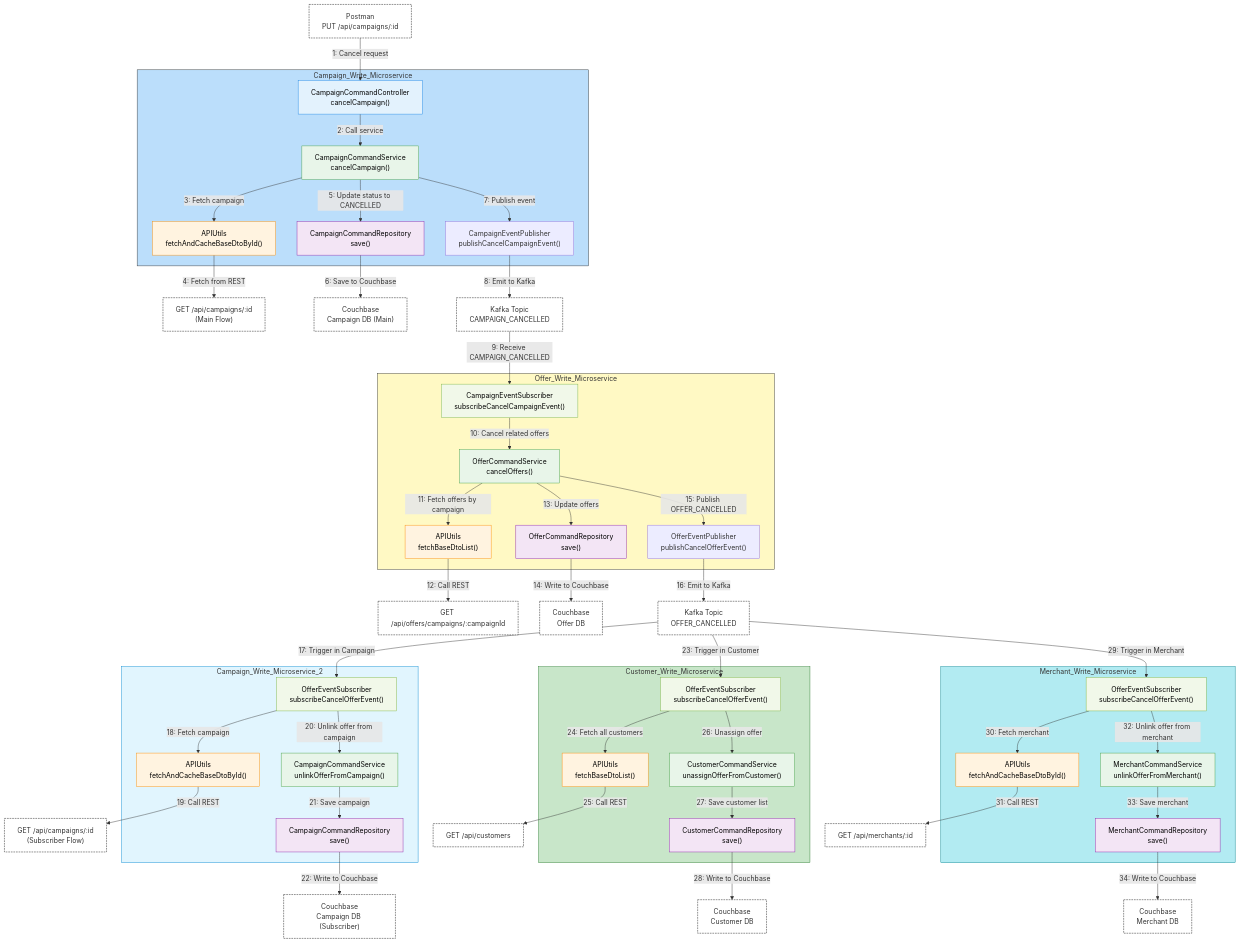
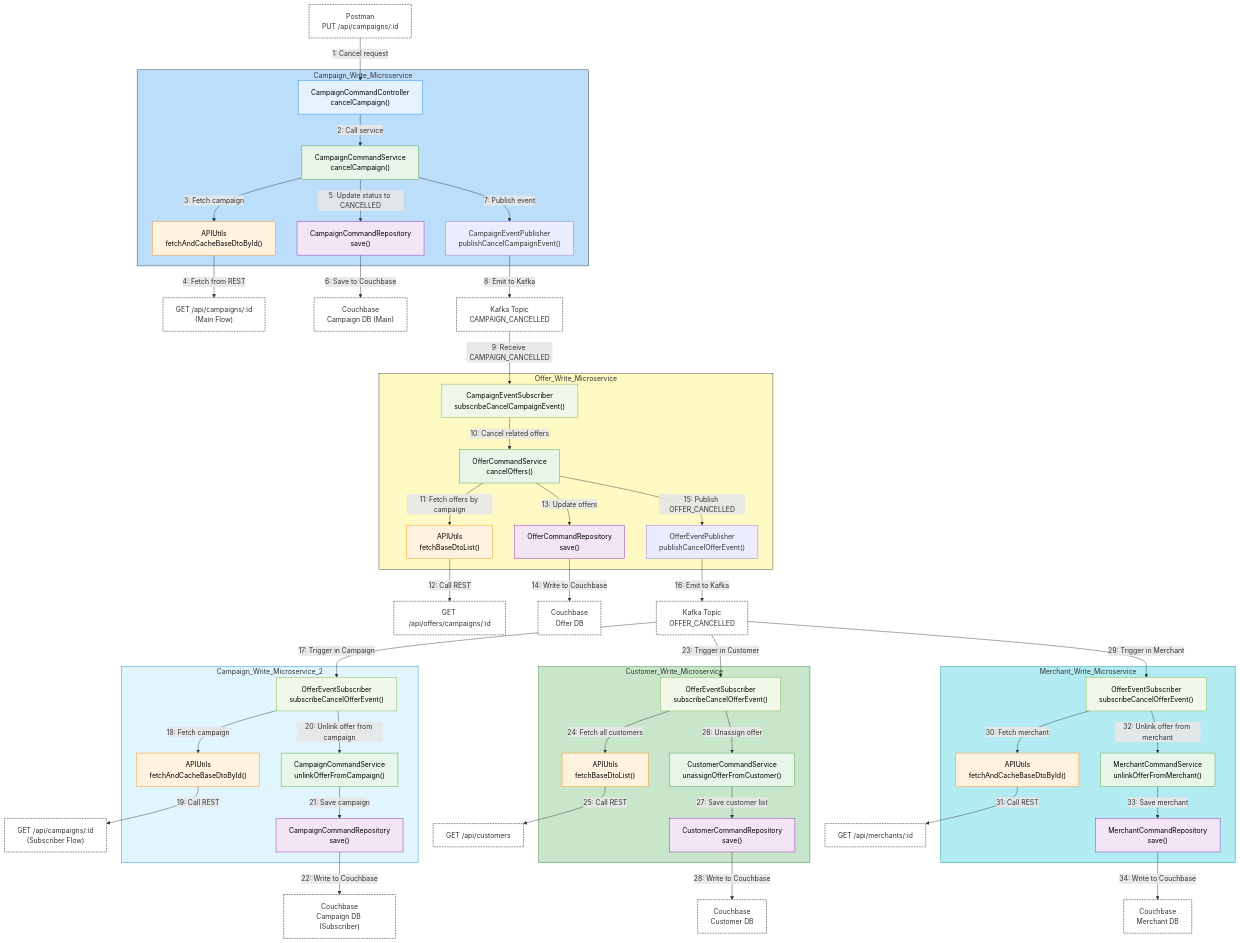
Before and after one commit to aakashkumar1980/apps-microservices: the diagram in _readme_assets/_backup/campaign_cancel.mmd, drawn with Mermaid. The commit also changed 5 other files, not shown here.

```diff
--- a/_readme_assets/_backup/campaign_cancel.mmd
+++ b/_readme_assets/_backup/campaign_cancel.mmd
@@ -1,114 +1,114 @@
 flowchart TD
 %% Postman
     POSTMAN["Postman<br>PUT /api/campaigns/:id"]:::external
 
 %% Campaign Write Microservice
     subgraph Campaign_Write_Microservice
         style Campaign_Write_Microservice fill:#BBDEFB,stroke:#333,stroke-width:1px
         CCC["CampaignCommandController<br>cancelCampaign()"]:::controller
         CCS["CampaignCommandService<br>cancelCampaign()"]:::service
         APIU["APIUtils<br>fetchAndCacheBaseDtoById()"]:::util
         CCR["CampaignCommandRepository<br>save()"]:::repository
         CEP["CampaignEventPublisher<br>publishCancelCampaignEvent()"]:::event
     end
 
 %% Campaign Kafka Subscriber
     subgraph Campaign_Write_Microservice_2
         style Campaign_Write_Microservice_2 fill:#E1F5FE,stroke:#0288D1,stroke-width:1px
         CES2["OfferEventSubscriber<br>subscribeCancelOfferEvent()"]:::subscriber
         APIUC1["APIUtils<br>fetchAndCacheBaseDtoById()"]:::util
         CCS2["CampaignCommandService<br>unlinkOfferFromCampaign()"]:::service
         CCR2["CampaignCommandRepository<br>save()"]:::repository
     end
 
 %% Offer Write Microservice
     subgraph Offer_Write_Microservice
         style Offer_Write_Microservice fill:#FFF9C4,stroke:#333,stroke-width:1px
         CES["CampaignEventSubscriber<br>subscribeCancelCampaignEvent()"]:::subscriber
         OFU["OfferCommandService<br>cancelOffers()"]:::service
         APIU2["APIUtils<br>fetchBaseDtoList()"]:::util
         OFR["OfferCommandRepository<br>save()"]:::repository
         OEP["OfferEventPublisher<br>publishCancelOfferEvent()"]:::event
     end
 
 %% Customer Write Microservice
     subgraph Customer_Write_Microservice
         style Customer_Write_Microservice fill:#C8E6C9,stroke:#2E7D32,stroke-width:1px
         CUS["OfferEventSubscriber<br>subscribeCancelOfferEvent()"]:::subscriber
         APIUC2["APIUtils<br>fetchBaseDtoList()"]:::util
         CUSVC["CustomerCommandService<br>unassignOfferFromCustomer()"]:::service
         CUREPO["CustomerCommandRepository<br>save()"]:::repository
     end
 
 %% Merchant Write Microservice
     subgraph Merchant_Write_Microservice
         style Merchant_Write_Microservice fill:#B2EBF2,stroke:#00838F,stroke-width:1px
         MES["OfferEventSubscriber<br>subscribeCancelOfferEvent()"]:::subscriber
         APIUM["APIUtils<br>fetchAndCacheBaseDtoById()"]:::util
         MCS["MerchantCommandService<br>unlinkOfferFromMerchant()"]:::service
         MREP["MerchantCommandRepository<br>save()"]:::repository
     end
 
 %% External Systems
     CB_CAMPAIGN_MAIN["Couchbase<br>Campaign DB (Main)"]:::external
     CB_CAMPAIGN_SUB["Couchbase<br>Campaign DB (Subscriber)"]:::external
     CB_OFFER["Couchbase<br>Offer DB"]:::external
     CB_CUSTOMER["Couchbase<br>Customer DB"]:::external
     CB_MERCHANT["Couchbase<br>Merchant DB"]:::external
 
     K1["Kafka Topic<br>CAMPAIGN_CANCELLED"]:::external
     K2["Kafka Topic<br>OFFER_CANCELLED"]:::external
 
     REST1["GET /api/campaigns/:id<br>(Main Flow)"]:::external
     REST2["GET /api/campaigns/:id<br>(Subscriber Flow)"]:::external
-    REST3["GET /api/offers/campaigns/:campaignId"]:::external
+    REST3["GET /api/offers/campaigns/:id"]:::external
     REST4["GET /api/customers"]:::external
     RESTM["GET /api/merchants/:id"]:::external
 
 %% Flows
     POSTMAN -->|1: Cancel request| CCC
     CCC -->|2: Call service| CCS
     CCS -->|3: Fetch campaign| APIU
     APIU -->|4: Fetch from REST| REST1
     CCS -->|5: Update status to CANCELLED| CCR
     CCR -->|6: Save to Couchbase| CB_CAMPAIGN_MAIN
     CCS -->|7: Publish event| CEP
     CEP -->|8: Emit to Kafka| K1
 
     K1 -->|9: Receive CAMPAIGN_CANCELLED| CES
     CES -->|10: Cancel related offers| OFU
     OFU -->|11: Fetch offers by campaign| APIU2
     APIU2 -->|12: Call REST| REST3
     OFU -->|13: Update offers| OFR
     OFR -->|14: Write to Couchbase| CB_OFFER
     OFU -->|15: Publish OFFER_CANCELLED| OEP
     OEP -->|16: Emit to Kafka| K2
 
     K2 -->|17: Trigger in Campaign| CES2
     CES2 -->|18: Fetch campaign| APIUC1
     APIUC1 -->|19: Call REST| REST2
     CES2 -->|20: Unlink offer from campaign| CCS2
     CCS2 -->|21: Save campaign| CCR2
     CCR2 -->|22: Write to Couchbase| CB_CAMPAIGN_SUB
 
     K2 -->|23: Trigger in Customer| CUS
     CUS -->|24: Fetch all customers| APIUC2
     APIUC2 -->|25: Call REST| REST4
     CUS -->|26: Unassign offer| CUSVC
     CUSVC -->|27: Save customer list| CUREPO
     CUREPO -->|28: Write to Couchbase| CB_CUSTOMER
 
     K2 -->|29: Trigger in Merchant| MES
     MES -->|30: Fetch merchant| APIUM
     APIUM -->|31: Call REST| RESTM
     MES -->|32: Unlink offer from merchant| MCS
     MCS -->|33: Save merchant| MREP
     MREP -->|34: Write to Couchbase| CB_MERCHANT
 
 %% Styling
     classDef controller fill:#E3F2FD,stroke:#1E88E5,color:#000;
     classDef service fill:#E8F5E9,stroke:#43A047,color:#000;
     classDef subscriber fill:#F1F8E9,stroke:#7CB342,color:#000;
     classDef repository fill:#F3E5F5,stroke:#8E24AA,color:#000;
     classDef util fill:#FFF3E0,stroke:#FB8C00,color:#000;
     classDef external fill:#FFFFFF,stroke:#000,stroke-dasharray: 4 2;
```
